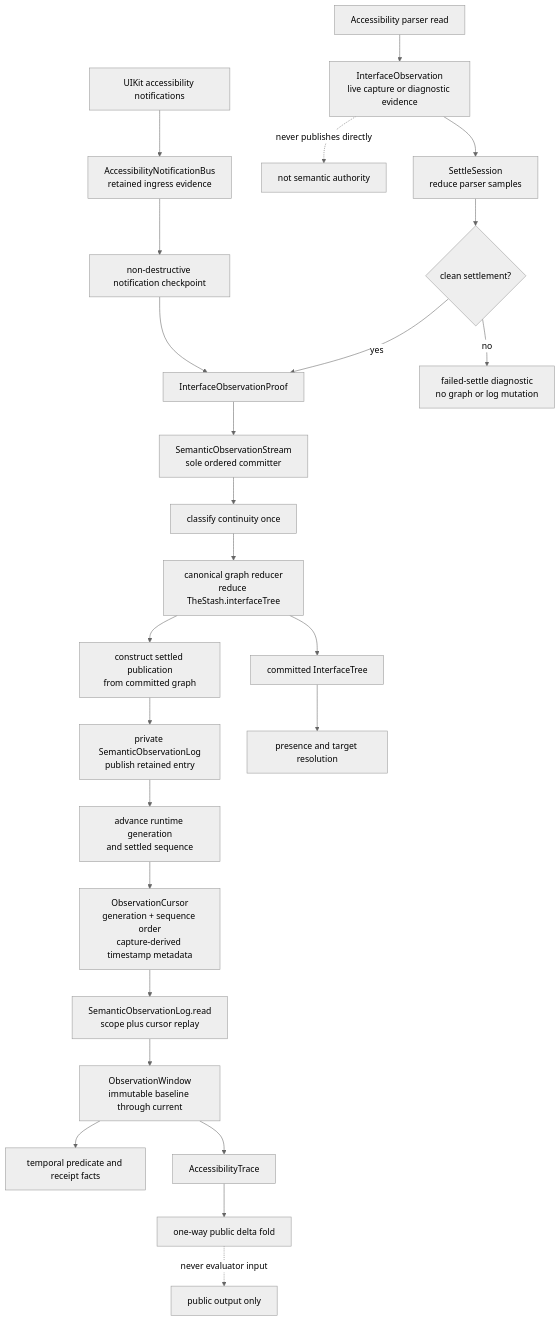
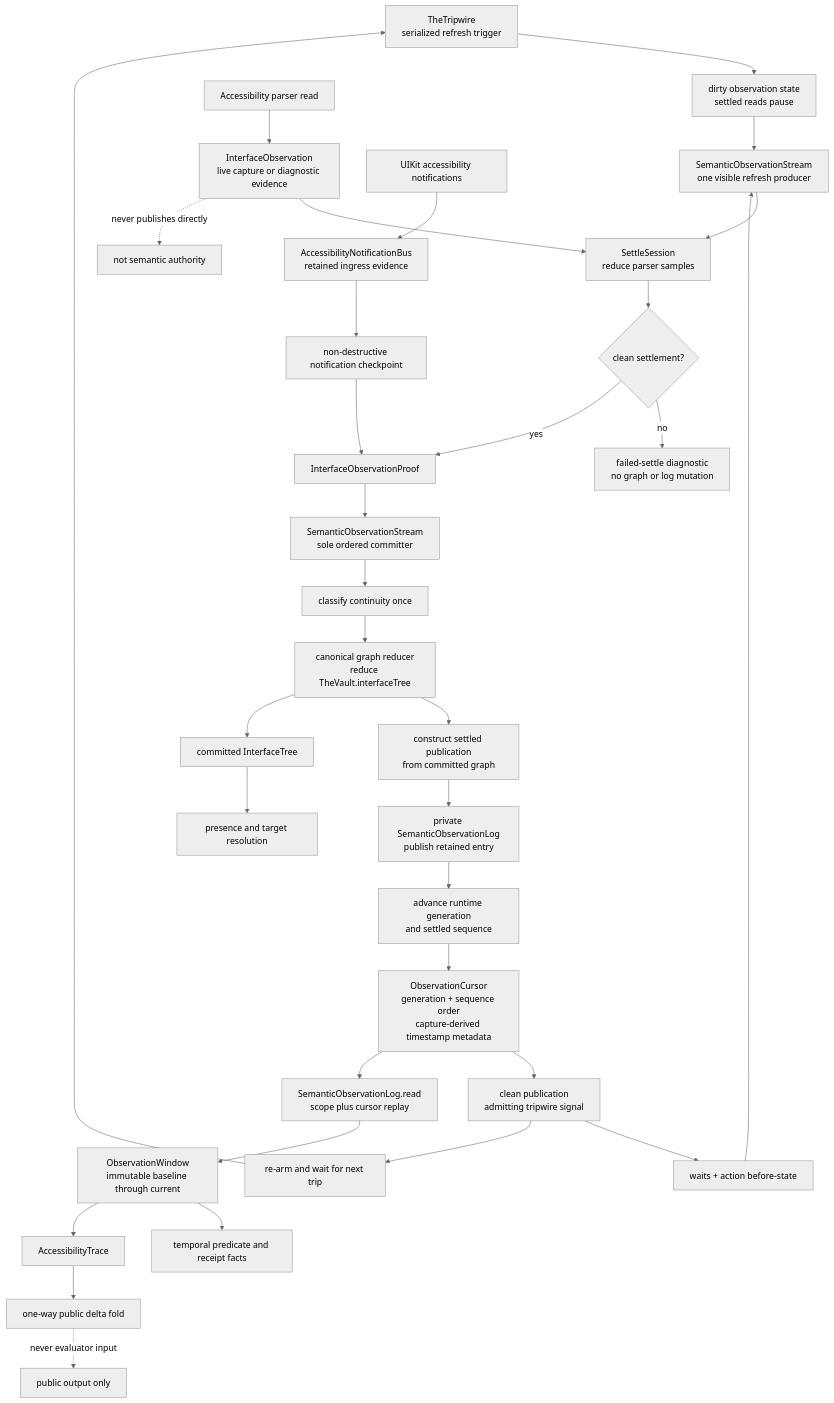
The first of 5 diagrams in docs/diagrams/observation-pipeline.md (RoyalPineapple/TheButtonHeist), drawn with Mermaid (neutral theme) before and after one commit. The commit also changed other lines of this file and 272 other files, not shown here.

First line of the commit message:
Consolidate runtime ownership and observation flow (#1357)

````diff
--- a/docs/diagrams/observation-pipeline.md
+++ b/docs/diagrams/observation-pipeline.md
@@ -30,29 +32,37 @@
 ```mermaid
 flowchart TD
+    Tripwire["TheTripwire<br/>serialized refresh trigger"] --> Dirty["dirty observation state<br/>settled reads pause"]
+    Dirty --> Producer["SemanticObservationStream<br/>one visible refresh producer"]
+    Consumers["waits + action before-state"] --> Producer
+    Producer --> Settle
     Parser["Accessibility parser read"] --> Raw["InterfaceObservation<br/>live capture or diagnostic evidence"]
     Raw --> Settle["SettleSession<br/>reduce parser samples"]
     Raw -. "never publishes directly" .-> NoAuthority["not semantic authority"]
     Signals["UIKit accessibility notifications"] --> Bus["AccessibilityNotificationBus<br/>retained ingress evidence"]
     Bus --> Checkpoint["non-destructive notification checkpoint"]
     Checkpoint --> Proof
     Settle --> Clean{"clean settlement?"}
     Clean -->|no| Diagnostic["failed-settle diagnostic<br/>no graph or log mutation"]
     Clean -->|yes| Proof["InterfaceObservationProof"]
 
     Proof --> Committer["SemanticObservationStream<br/>sole ordered committer"]
     Committer --> Continuity["classify continuity once"]
-    Continuity --> Graph["canonical graph reducer<br/>reduce TheStash.interfaceTree"]
+    Continuity --> Graph["canonical graph reducer<br/>reduce TheVault.interfaceTree"]
     Graph --> Publication["construct settled publication<br/>from committed graph"]
     Publication --> Log["private SemanticObservationLog<br/>publish retained entry"]
     Log --> Runtime["advance runtime generation<br/>and settled sequence"]
     Runtime --> Cursor["ObservationCursor<br/>generation + sequence order<br/>capture-derived timestamp metadata"]
+    Cursor --> Seal["clean publication<br/>admitting tripwire signal"]
+    Seal --> Consumers
+    Seal --> Armed["re-arm and wait for next trip"]
+    Armed --> Tripwire
     Cursor --> Entries["SemanticObservationLog.read<br/>scope plus cursor replay"]
 
     Current["committed InterfaceTree"] --> Presence["presence and target resolution"]
     Graph --> Current
     Entries --> Window["ObservationWindow<br/>immutable baseline through current"]
     Window --> Temporal["temporal predicate and receipt facts"]
     Window --> Trace["AccessibilityTrace"]
     Trace --> Delta["one-way public delta fold"]
     Delta -. "never evaluator input" .-> Output["public output only"]
 ```
````
